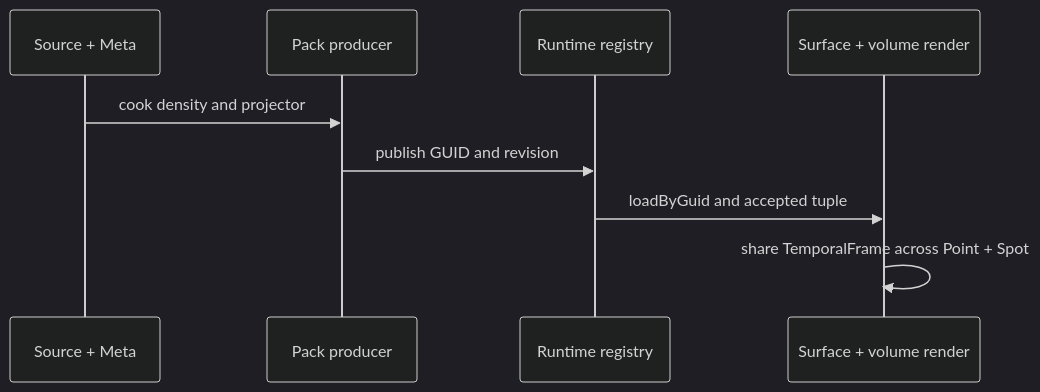
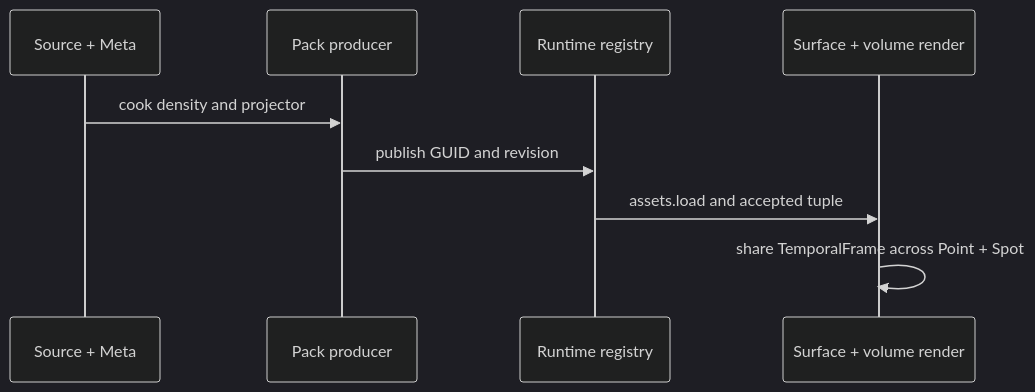
Before and after one commit to ForgeAX/forgeax-engine: the second of 2 diagrams in apps/hello/volumetric-fog/README.md, drawn with Mermaid (dark theme). The commit also changed other lines of this file and 4113 other files, not shown here.

````diff
--- a/apps/hello/volumetric-fog/README.md
+++ b/apps/hello/volumetric-fog/README.md
@@ -106,11 +104,11 @@
 ```mermaid
 sequenceDiagram
   participant Source as Source + Meta
   participant Pack as Pack producer
   participant Runtime as Runtime registry
   participant Render as Surface + volume render
   Source->>Pack: cook density and projector
   Pack->>Runtime: publish GUID and revision
-  Runtime->>Render: loadByGuid and accepted tuple
+  Runtime->>Render: assets.load and accepted tuple
   Render->>Render: share TemporalFrame across Point + Spot
 ```
````
